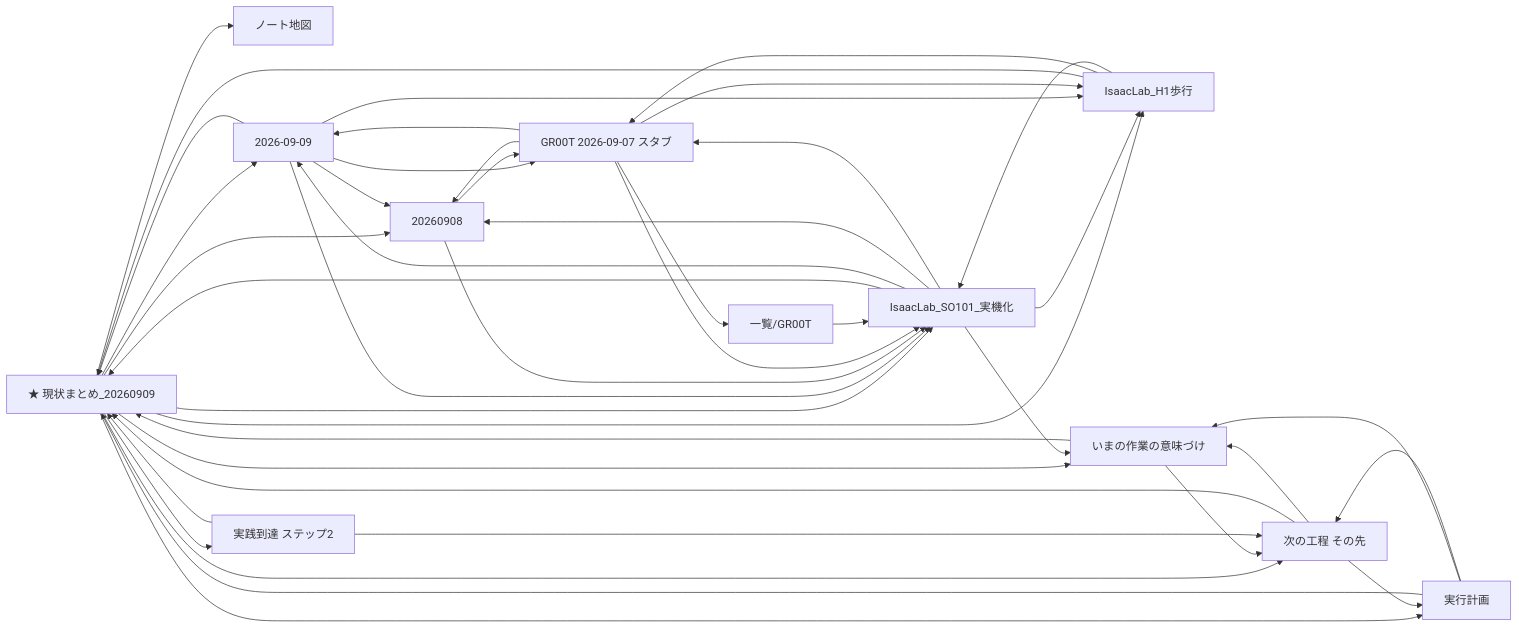
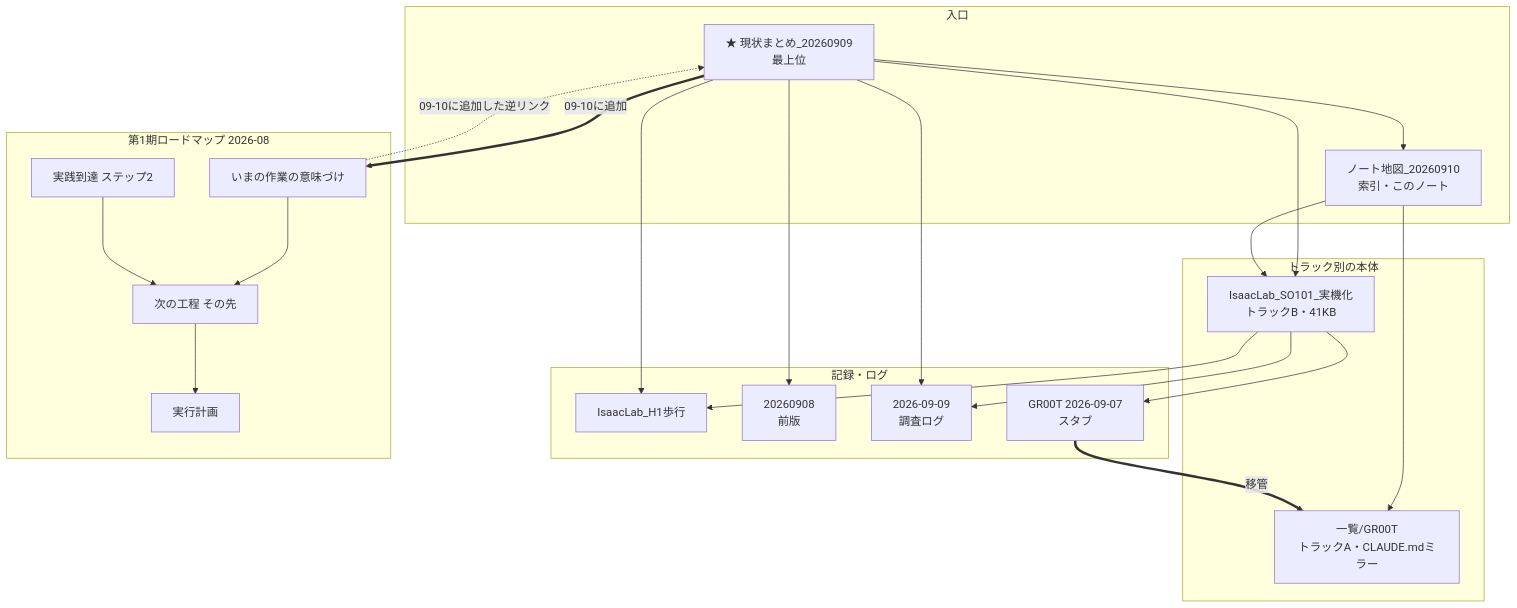
The second of 2 diagrams in 一覧/SO101_ノート地図_20260910.md (kuni10saito/obsidian-vault), drawn with Mermaid before and after one commit. The commit also changed other lines of this file and 2 other files, not shown here.

Commit message:
vault backup: 2026-09-10 10:58:02

````diff
--- a/一覧/SO101_ノート地図_20260910.md
+++ b/一覧/SO101_ノート地図_20260910.md
@@ -46,28 +49,34 @@
 ```mermaid
-graph LR
-    NOW["★ 現状まとめ_20260909"]
-    MAP["ノート地図"]
-    JK["IsaacLab_SO101_実機化"]
-    H1["IsaacLab_H1歩行"]
-    G7["GR00T 2026-09-07 スタブ"]
-    D8["20260908"]
-    S9["2026-09-09"]
-    GN["一覧/GR00T"]
-    M1["いまの作業の意味づけ"]
-    M2["次の工程 その先"]
-    M3["実行計画"]
-    M4["実践到達 ステップ2"]
-    NOW --> S9 & D8 & H1 & JK & MAP
-    NOW --> M1 & M2 & M3 & M4
-    M1 & M2 & M3 & M4 --> NOW
-    JK --> NOW & S9 & D8 & G7 & H1 & M1
-    H1 --> NOW & G7 & JK
-    S9 --> NOW & D8 & G7 & H1 & JK
-    D8 --> G7 & JK
-    G7 --> GN & JK & H1 & D8 & S9
-    GN --> JK
+graph TD
+    subgraph L1["入口"]
+        NOW["★ 現状まとめ_20260909<br/>最上位"]
+        MAP["ノート地図_20260910<br/>索引・このノート"]
+    end
+    subgraph L2["トラック別の本体"]
+        JK["IsaacLab_SO101_実機化<br/>トラックB・41KB"]
+        GN["一覧/GR00T<br/>トラックA・CLAUDE.mdミラー"]
+    end
+    subgraph L3["記録・ログ"]
+        H1["IsaacLab_H1歩行"]
+        D8["20260908<br/>前版"]
+        S9["2026-09-09<br/>調査ログ"]
+        G7["GR00T 2026-09-07<br/>スタブ"]
+    end
+    subgraph L4["第1期ロードマップ 2026-08"]
+        M1["いまの作業の意味づけ"]
+        M2["次の工程 その先"]
+        M3["実行計画"]
+        M4["実践到達 ステップ2"]
+    end
+    NOW --> MAP
+    NOW --> JK
+    NOW --> D8 & S9 & H1
+    NOW ==>|09-10に追加| M1
+    MAP --> JK & GN
+    JK --> H1 & S9 & G7
+    G7 ==>|移管| GN
     M1 --> M2
-    M2 --> M1 & M3
-    M3 --> M1 & M2
+    M2 --> M3
     M4 --> M2
+    M1 -.->|09-10に追加した逆リンク| NOW
 ```
````
